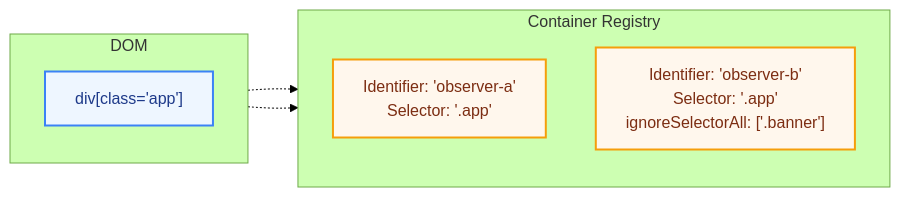
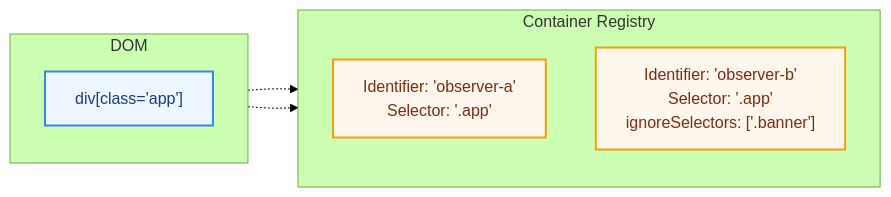
The third of 3 diagrams in docs/container-definitions.md (bloomberg/container-timing), drawn with Mermaid (forest theme) before and after one commit. The commit also changed other lines of this file, not shown here.

Commit message:
strawman example change ignoreSelector property name

````diff
--- a/docs/container-definitions.md
+++ b/docs/container-definitions.md
@@ -162,23 +162,23 @@
 ```mermaid
 flowchart LR
   %% Left: DOM — Right: Container
   subgraph DOM
     direction TB
     D1["div[class='app']"]
   end
 
   subgraph Container Registry
     direction TB
     C1["Identifier: 'observer-a'<br/>Selector: '.app'"]
-    C2["Identifier: 'observer-b'<br/>Selector: '.app'<br/>ignoreSelectorAll: ['.banner']"]
+    C2["Identifier: 'observer-b'<br/>Selector: '.app'<br/>ignoreSelectors: ['.banner']"]
   end
 
   D1 -.-> C1
   D1 -.-> C2
 
   %% Styling
   classDef dom fill:#eef6ff,stroke:#3b82f6,stroke-width:2px,color:#1e3a8a
   classDef container fill:#fff7ed,stroke:#f59e0b,stroke-width:2px,color:#7c2d12
   class D1 dom
   class C1,C2,C3 container
 ```
````
